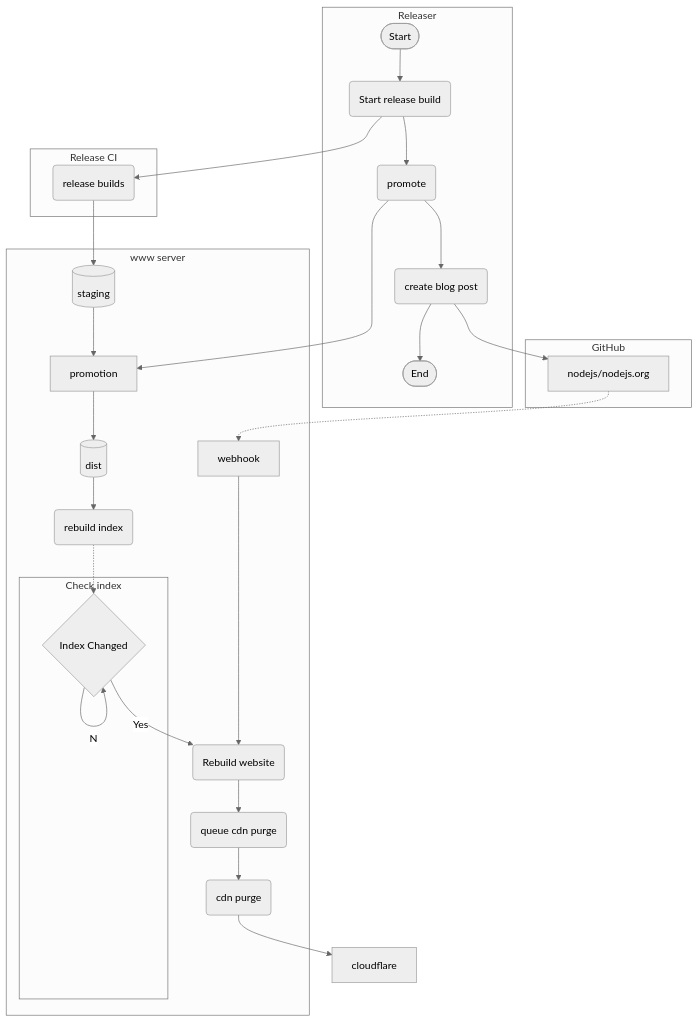
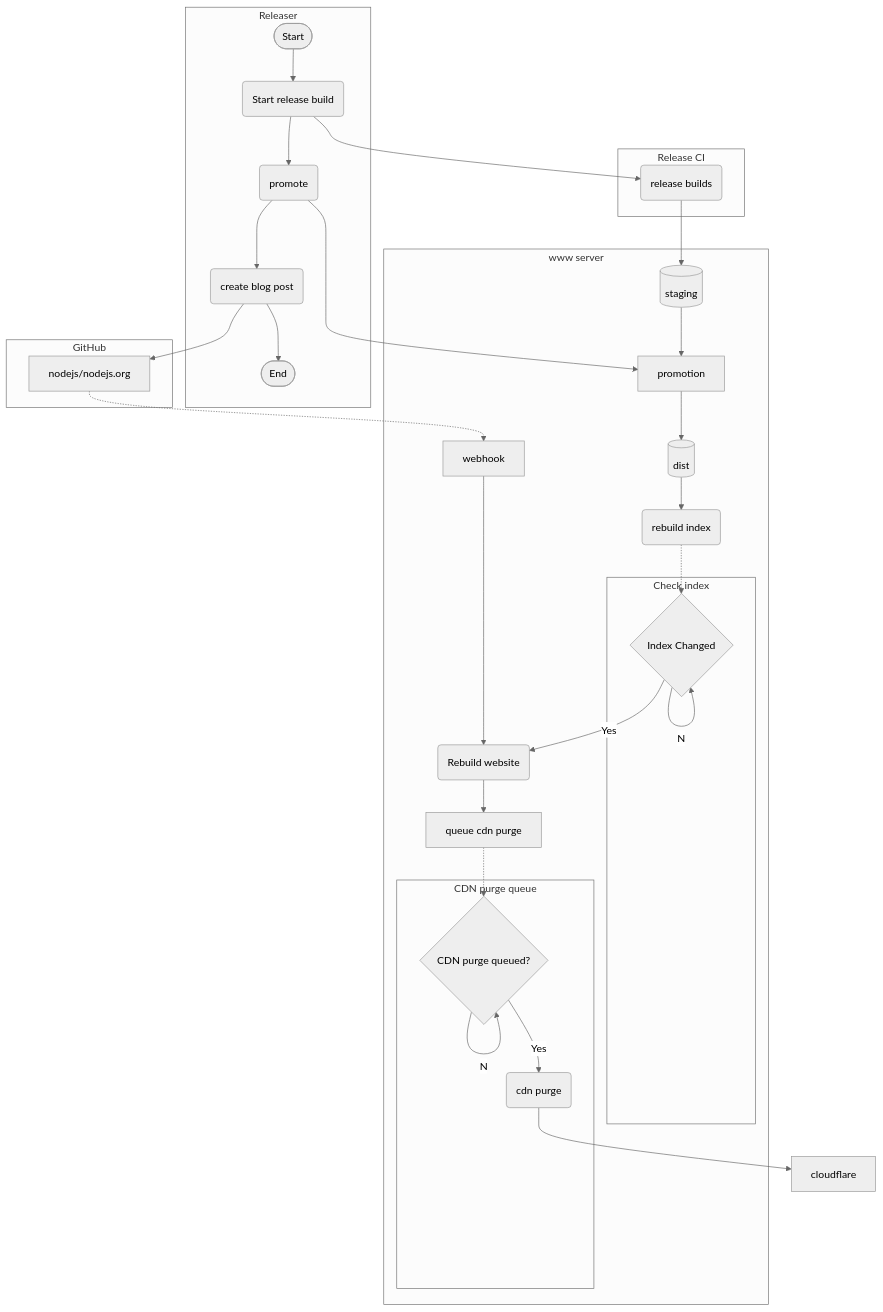
The diagram in README.md (richardlau/nodejs.org-flow), drawn with Mermaid (neutral theme) before and after one commit.

Commit message:
Box cdn purge queue

````diff
--- a/README.md
+++ b/README.md
@@ -2,33 +2,37 @@
 ```mermaid
 flowchart TD
     subgraph user[Releaser]
     start([Start])-->A(Start release build)--> promote(promote)-->blog(create blog post)-->F([End])
     end
     subgraph jenkins[Release CI]
     builds
     end
     subgraph github[GitHub]
     gh[nodejs/nodejs.org]
     end
     subgraph www[www server]
       staging[(staging)] --> promotion -->dist[(dist)]
       dist-->rebuildIdx(rebuild index)
       
       subgraph chkIndex[Check index]
       idxChanged{Index Changed}--No-->idxChanged
       end
       
       rebuildIdx-.->idxChanged
       webhook-->rebuild
       idxChanged--Yes-->rebuild(Rebuild website)
-      rebuild-->cdnq(queue cdn purge)
-      cdnq-->purge(cdn purge)
+      rebuild-->queueCDN[queue cdn purge]-.->purgeQueued
+      subgraph cdn[CDN purge queue]
+        purgeQueued{CDN purge queued?}
+        purgeQueued--No-->purgeQueued
+        purgeQueued--Yes-->purge(cdn purge)
+      end
     end
     A-->builds(release builds)
     gh-.->webhook
     promote-->promotion
     blog-->gh
     builds-->staging
     purge-->cloudflare
 
 ```
````
